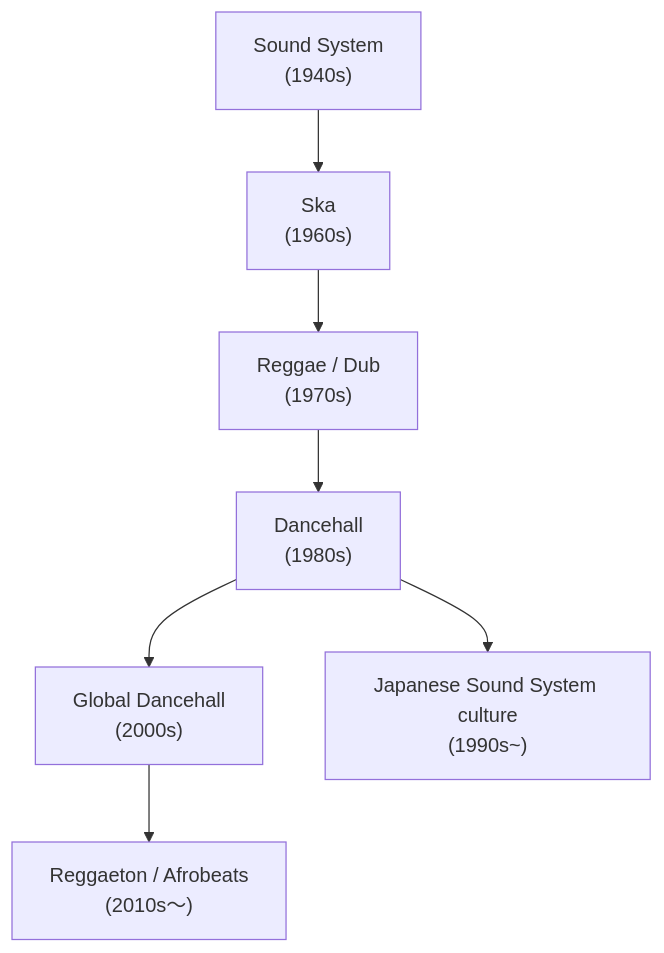
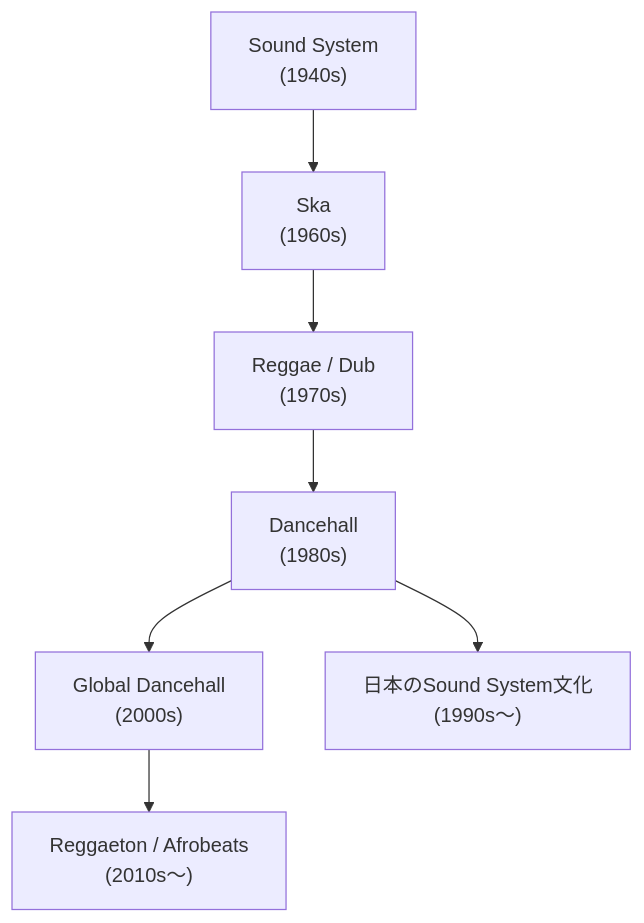
One commit to monumental-movement/monumental-movement.github.io changed the first of 4 diagrams in en/_posts/2025-11-05-column-dancehall.md. Above: the diagram before and after it, drawn with Mermaid. The commit also changed other lines of this file and 211 other files, not shown here.

```diff
--- a/en/_posts/2025-11-05-column-dancehall.md
+++ b/en/_posts/2025-11-05-column-dancehall.md
@@ -181,11 +181,11 @@
 <div class="mermaid">
 
 graph TD
 A["Sound System\n(1940s)"] --> B["Ska\n(1960s)"]
 B --> C["Reggae / Dub\n(1970s)"]
 C --> D["Dancehall\n(1980s)"]
 D --> E["Global Dancehall\n(2000s)"]
 E --> F["Reggaeton / Afrobeats\n(2010s〜)"]
-D --> G["Japanese Sound System culture\n(1990s~)"]
+D --> G["日本のSound System文化\n(1990s〜)"]
 
 </div>
```
